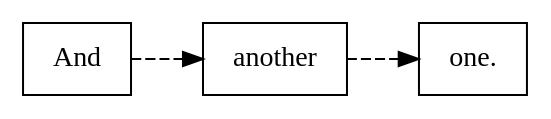
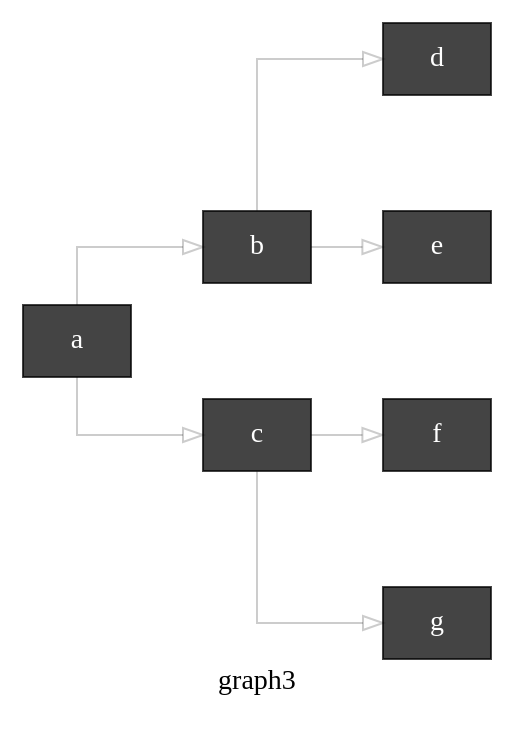
The diagram in examples/multiple/graph3.gv (svn2github/canviz), drawn with Graphviz before and after one commit. The commit also changed 2 other files, not shown here.

Commit message:
More-interesting graphs

```diff
--- a/examples/multiple/graph3.gv
+++ b/examples/multiple/graph3.gv
@@ -1,6 +1,11 @@
 digraph graph3 {
-  graph [rankdir=LR]
-  node [shape=box]
-  edge [style=dashed]
-  "And" -> "another" -> "one."
+  label=graph3
+  rankdir=LR
+  splines=ortho
+  nodesep=0.8
+  node [shape=box, style=filled, color="#000000bb", fontcolor=white]
+  edge [color="#00000033", arrowhead=onormal]
+  a->{b c}
+  b->{d e}
+  c->{f g}
 }
```
